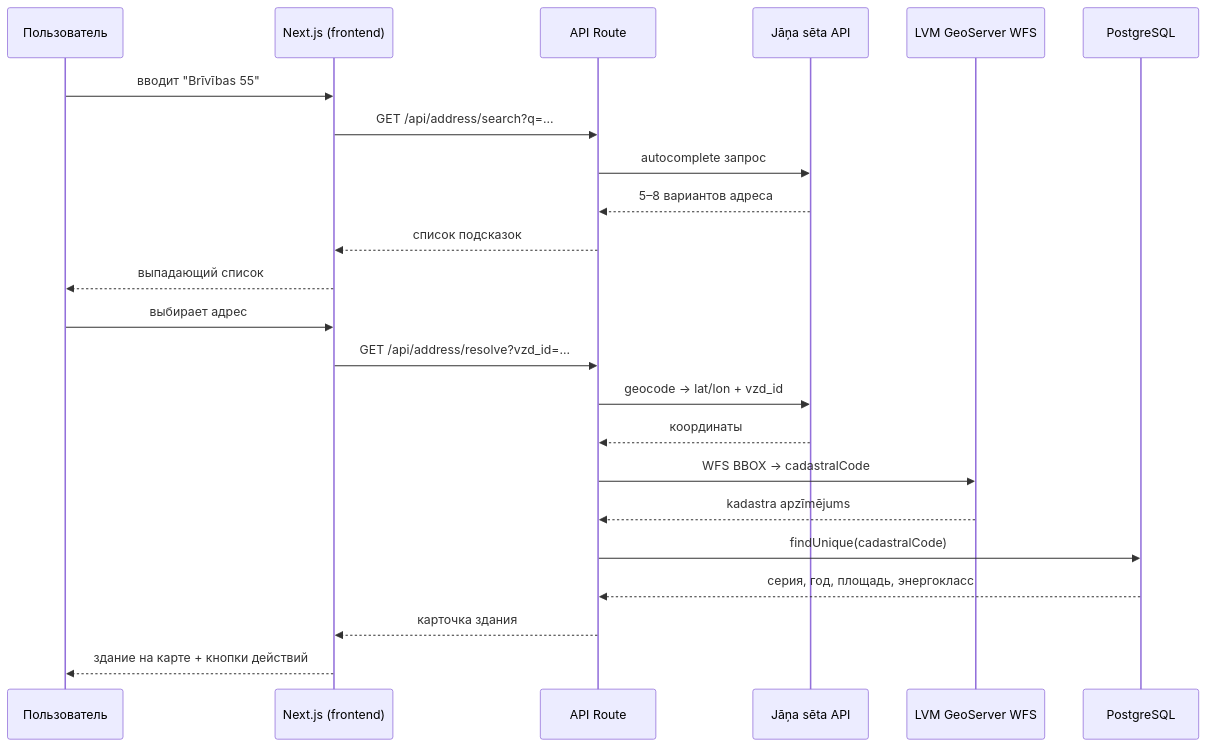
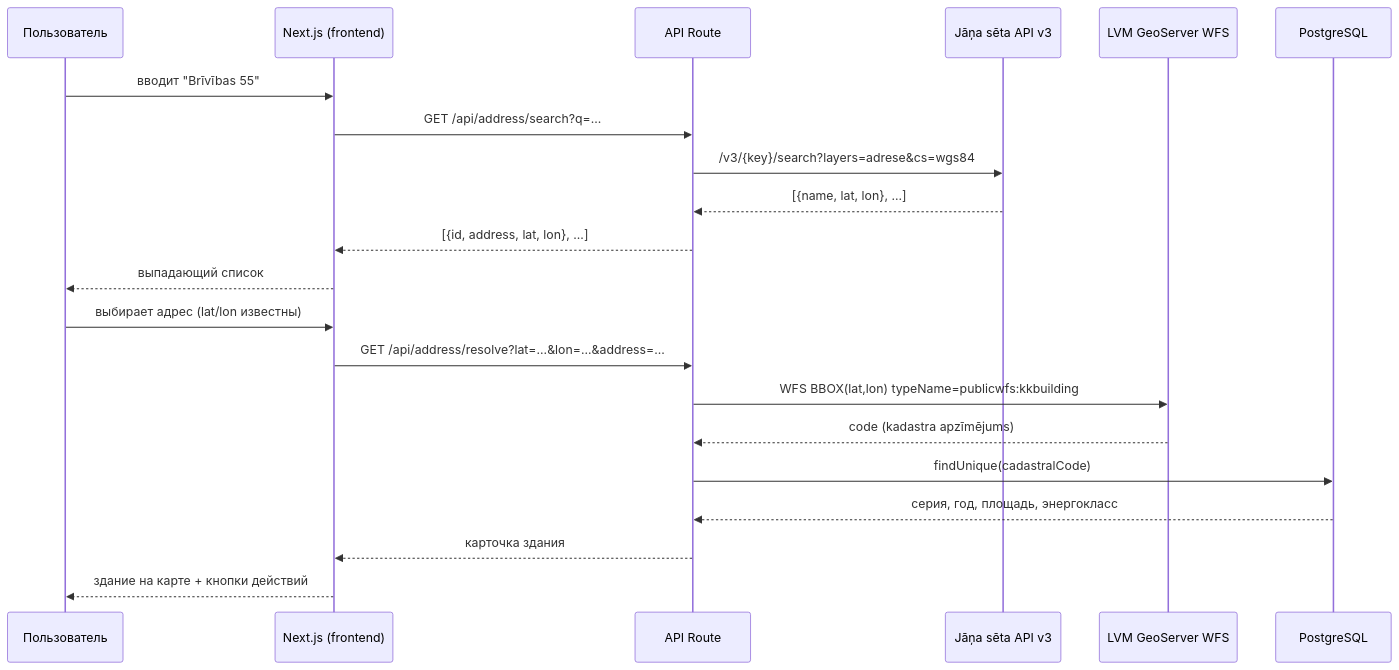
One commit to Savin-Igor/alteko changed the fifth of 6 diagrams in docs/diagrams.md. Above: the diagram before and after it, drawn with Mermaid.

Commit message:
docs: update address search sequence diagram to match actual implementation
- resolve route takes lat/lon (not vzd_id) — lat/lon come from search result
- resolve does not call Jāņa sēta again — coordinates already known after search
- Jāņa sēta endpoint updated to v3 format (/v3/{key}/search, layers=adrese)
- LVM WFS layer corrected to publicwfs:kkbuilding

````diff
--- a/docs/diagrams.md
+++ b/docs/diagrams.md
@@ -148,27 +148,25 @@
 ```mermaid
 sequenceDiagram
     participant U as Пользователь
     participant FE as Next.js (frontend)
     participant API as API Route
-    participant Jana as Jāņa sēta API
+    participant Jana as Jāņa sēta API v3
     participant LVM as LVM GeoServer WFS
     participant DB as PostgreSQL
 
     U->>FE: вводит "Brīvības 55"
     FE->>API: GET /api/address/search?q=...
-    API->>Jana: autocomplete запрос
-    Jana-->>API: 5–8 вариантов адреса
-    API-->>FE: список подсказок
+    API->>Jana: /v3/{key}/search?layers=adrese&cs=wgs84
+    Jana-->>API: [{name, lat, lon}, ...]
+    API-->>FE: [{id, address, lat, lon}, ...]
     FE-->>U: выпадающий список
 
-    U->>FE: выбирает адрес
-    FE->>API: GET /api/address/resolve?vzd_id=...
-    API->>Jana: geocode → lat/lon + vzd_id
-    Jana-->>API: координаты
-    API->>LVM: WFS BBOX → cadastralCode
-    LVM-->>API: kadastra apzīmējums
+    U->>FE: выбирает адрес (lat/lon известны)
+    FE->>API: GET /api/address/resolve?lat=...&lon=...&address=...
+    API->>LVM: WFS BBOX(lat,lon) typeName=publicwfs:kkbuilding
+    LVM-->>API: code (kadastra apzīmējums)
     API->>DB: findUnique(cadastralCode)
     DB-->>API: серия, год, площадь, энергокласс
     API-->>FE: карточка здания
     FE-->>U: здание на карте + кнопки действий
 ```
````
